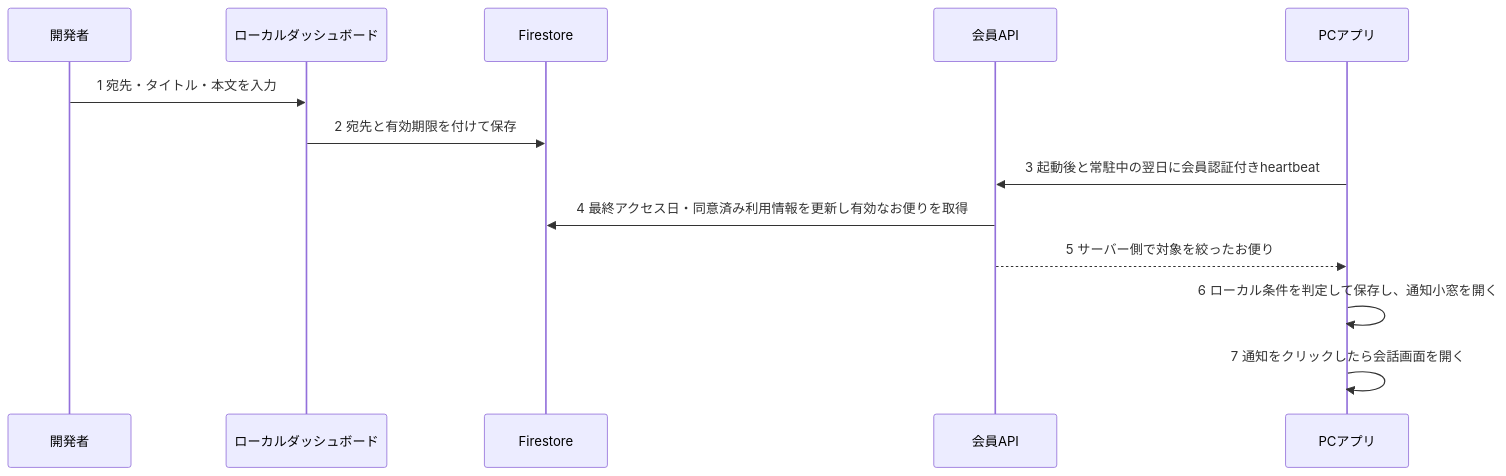
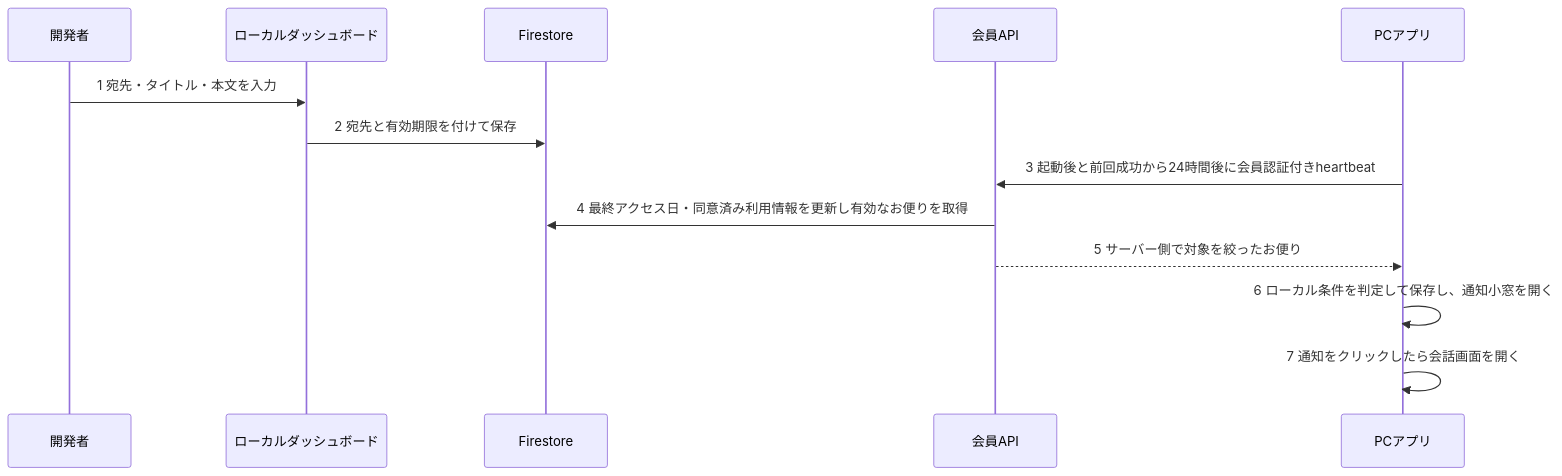
Before and after one commit to ore-no-fusen/ore-no-fusen: the third of 3 diagrams in docs-v2/009_MEMBERSHIP.md, drawn with Mermaid. The commit also changed other lines of this file and 3 other files, not shown here.

````diff
--- a/docs-v2/009_MEMBERSHIP.md
+++ b/docs-v2/009_MEMBERSHIP.md
@@ -87,15 +87,15 @@
 ```mermaid
 sequenceDiagram
     participant Dev as 開発者
     participant Dash as ローカルダッシュボード
     participant DB as Firestore
     participant API as 会員API
     participant PC as PCアプリ
     Dev->>Dash: 1 宛先・タイトル・本文を入力
     Dash->>DB: 2 宛先と有効期限を付けて保存
-    PC->>API: 3 起動後と常駐中の翌日に会員認証付きheartbeat
+    PC->>API: 3 起動後と前回成功から24時間後に会員認証付きheartbeat
     API->>DB: 4 最終アクセス日・同意済み利用情報を更新し有効なお便りを取得
     API-->>PC: 5 サーバー側で対象を絞ったお便り
     PC->>PC: 6 ローカル条件を判定して保存し、通知小窓を開く
     PC->>PC: 7 通知をクリックしたら会話画面を開く
 ```
````
